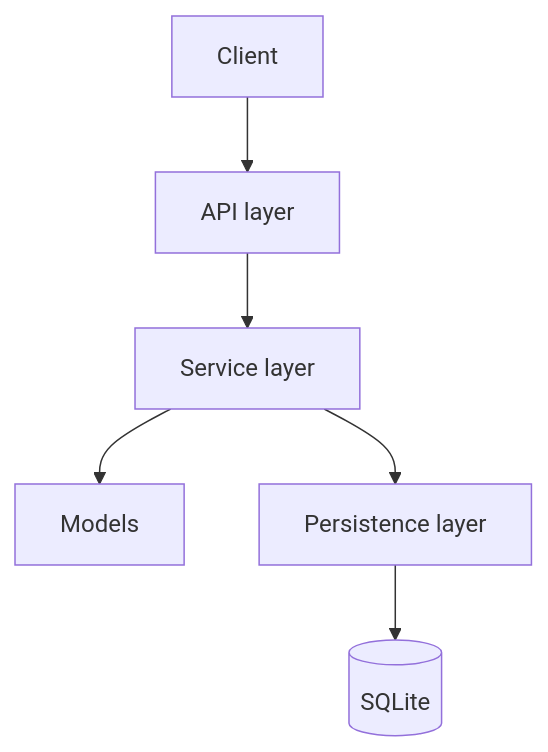
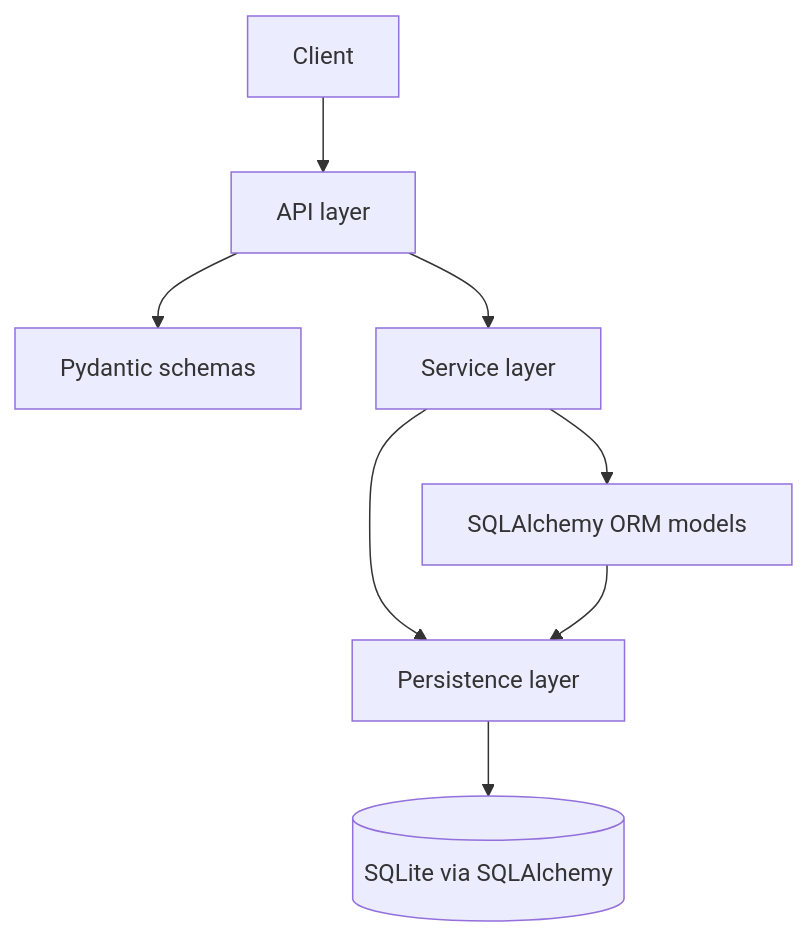
One commit to bpthoms/COMP490-SEGA-Project-Starter changed the second of 3 diagrams in docs/architecture.md. Above: the diagram before and after it, drawn with Mermaid. The commit also changed other lines of this file and 10 other files, not shown here.

````diff
--- a/docs/architecture.md
+++ b/docs/architecture.md
@@ -71,8 +72,10 @@
 ```mermaid
 flowchart TD
     Client --> API[API layer]
+    API --> Schemas[Pydantic schemas]
     API --> Services[Service layer]
-    Services --> Models[Models]
+    Services --> Models[SQLAlchemy ORM models]
     Services --> Persistence[Persistence layer]
-    Persistence --> Database[(SQLite)]
+    Models --> Persistence
+    Persistence --> Database[(SQLite via SQLAlchemy)]
 ```
````
